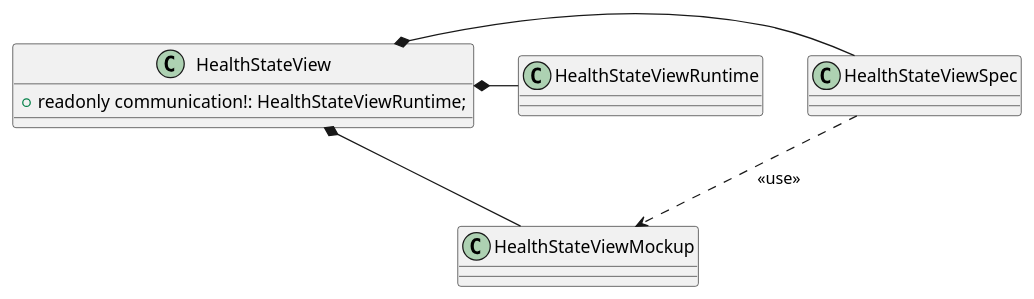
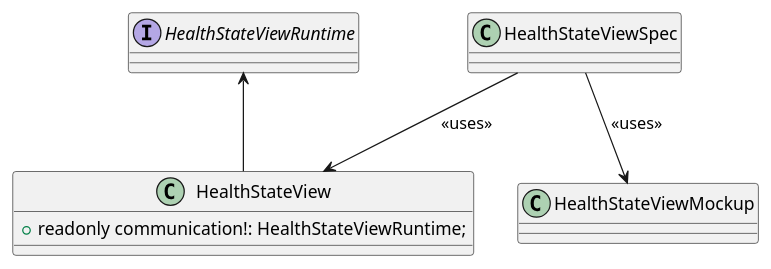
Before and after one commit to p2o-lab/polaris-backend: the diagram in src/modularPlantManager/pea/dataAssembly/diagnosticElement/healthStateView/HealthStateView.puml, drawn with PlantUML. The commit also changed 138 other files, not shown here.

```diff
--- a/src/modularPlantManager/pea/dataAssembly/diagnosticElement/healthStateView/HealthStateView.puml
+++ b/src/modularPlantManager/pea/dataAssembly/diagnosticElement/healthStateView/HealthStateView.puml
@@ -26,11 +26,15 @@
 @startuml
 'https://plantuml.com/class-diagram
+
+interface HealthStateViewRuntime
+
 class HealthStateView{
 	+ readonly communication!: HealthStateViewRuntime;
 
 }
-HealthStateView *- HealthStateViewSpec
-HealthStateViewSpec ..> HealthStateViewMockup : <<use>>
-HealthStateView *- HealthStateViewMockup
-HealthStateView *- HealthStateViewRuntime
+
+HealthStateViewRuntime <-- HealthStateView
+HealthStateViewSpec --> HealthStateView : <<uses>>
+HealthStateViewSpec --> HealthStateViewMockup : <<uses>>
+
 @enduml
```
